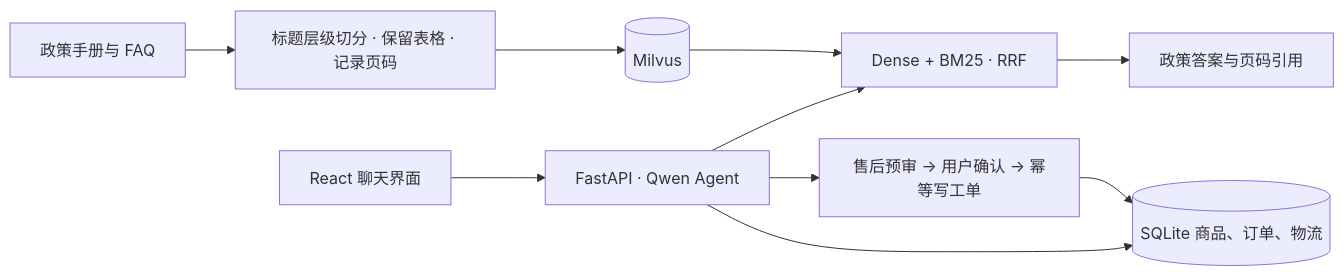
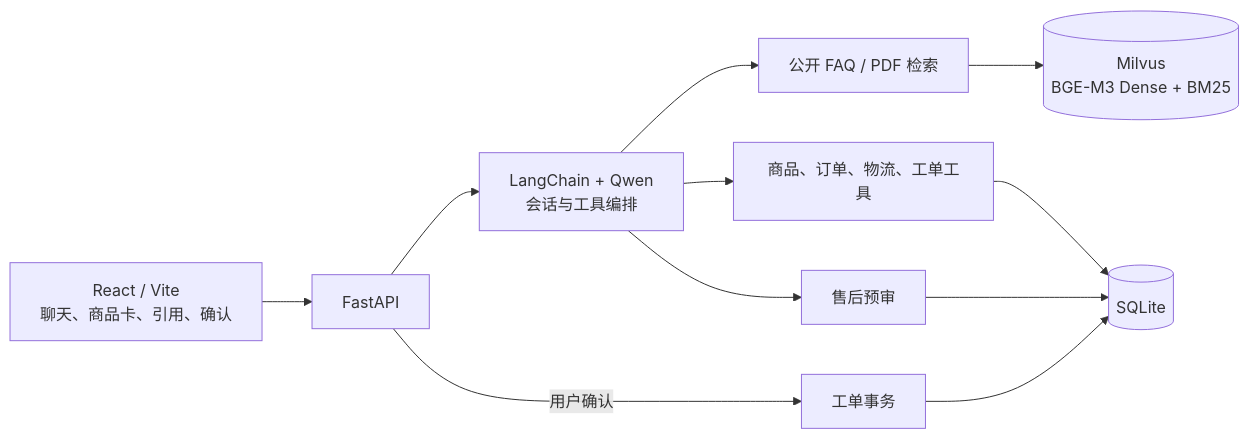
Before and after one commit to fanglele828/xingzhan-customer-service: the diagram in README.md, drawn with Mermaid. The commit also changed other lines of this file and 1 other file, not shown here.

Commit message:
Organize capabilities and document system architecture

````diff
--- a/README.md
+++ b/README.md
@@ -66,12 +19,13 @@
 ```mermaid
 flowchart LR
-    U["React 聊天界面"] --> A["FastAPI · Qwen Agent"]
-    PDF["政策手册与 FAQ"] --> C["标题层级切分 · 保留表格 · 记录页码"]
-    C --> M[("Milvus")]
-    A --> R["Dense + BM25 · RRF"]
-    M --> R
-    R --> E["政策答案与页码引用"]
-    A --> S[("SQLite 商品、订单、物流")]
-    A --> P["售后预审 → 用户确认 → 幂等写工单"]
+    UI["React / Vite<br/>聊天、商品卡、引用、确认"] --> API["FastAPI"]
+    API --> A["LangChain + Qwen<br/>会话与工具编排"]
+    A --> R["公开 FAQ / PDF 检索"]
+    R --> M[("Milvus<br/>BGE-M3 Dense + BM25")]
+    A --> B["商品、订单、物流、工单工具"]
+    A --> P["售后预审"]
+    API -->|"用户确认"| W["工单事务"]
+    B --> S[("SQLite")]
     P --> S
+    W --> S
 ```
````
